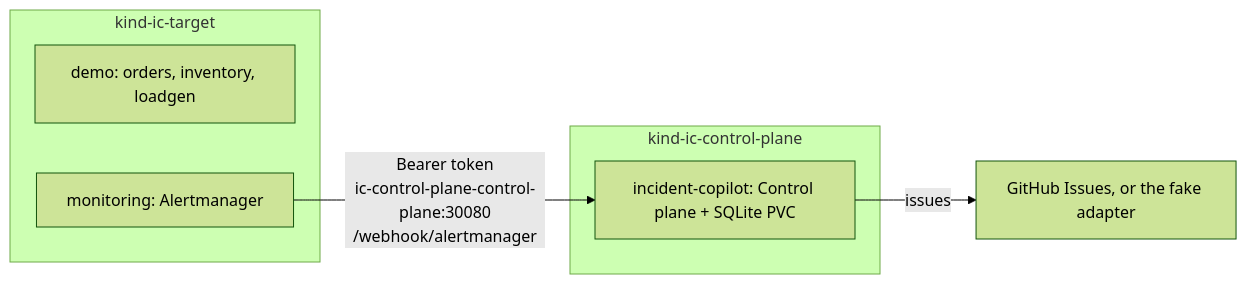
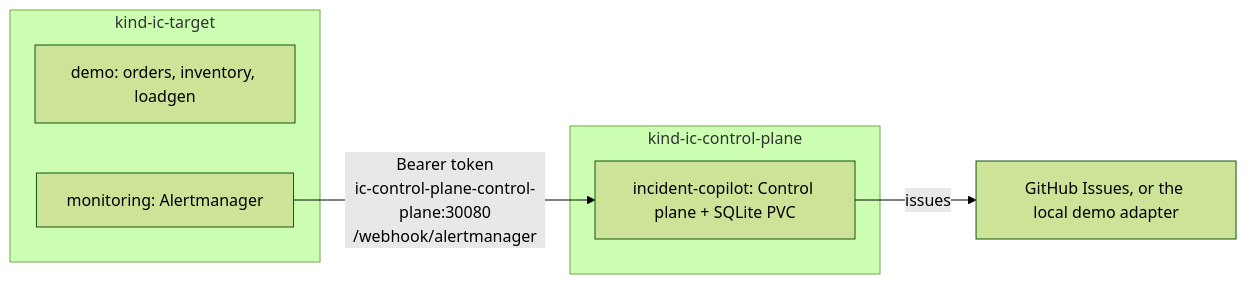
One commit to itsankoff/incident-copilot changed the diagram in README.md. Above: the diagram before and after it, drawn with Mermaid (forest theme). The commit also changed other lines of this file and 25 other files, not shown here.

First line of the commit message:
feat(controlplane): add local demo ticketing and milestone logs (#91)

````diff
--- a/README.md
+++ b/README.md
@@ -113,12 +113,12 @@
 ```mermaid
 flowchart LR
     subgraph T[kind-ic-target]
         APP[demo: orders, inventory, loadgen]
         AM[monitoring: Alertmanager]
     end
     subgraph C[kind-ic-control-plane]
         CP[incident-copilot: Control plane + SQLite PVC]
     end
     AM -- "Bearer token<br/>ic-control-plane-control-plane:30080<br/>/webhook/alertmanager" --> CP
-    CP -- issues --> GH[GitHub Issues, or the fake adapter]
+    CP -- issues --> GH[GitHub Issues, or the local demo adapter]
 ```
````
